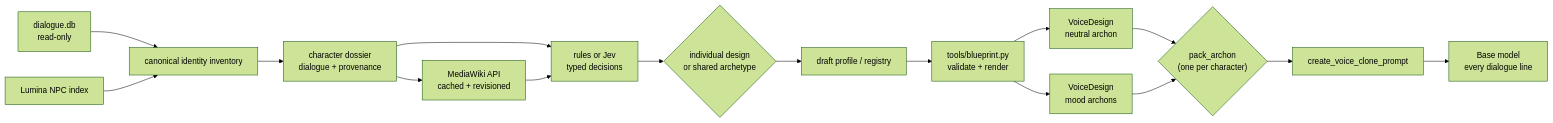
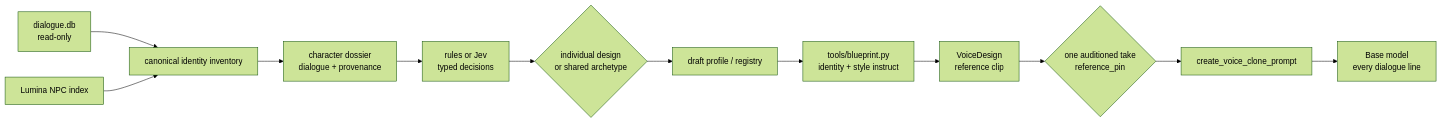
Before and after one commit to cutieway/oh-my-voice: the first of 2 diagrams in blueprints/README.md, drawn with Mermaid (forest theme). The commit also changed other lines of this file and 36 other files, not shown here.

First line of the commit message:
Default reference rendering to speech style; drop mood and wiki layers

````diff
--- a/blueprints/README.md
+++ b/blueprints/README.md
@@ -8,18 +8,14 @@
 ```mermaid
 flowchart LR
   db["dialogue.db<br/>read-only"] --> inv["canonical identity inventory"]
   game["Lumina NPC index"] --> inv
   inv --> dossier["character dossier<br/>dialogue + provenance"]
-  dossier --> wiki["MediaWiki API<br/>cached + revisioned"]
   dossier --> classifier["rules or Jev<br/>typed decisions"]
-  wiki --> classifier
   classifier --> assign{"individual design<br/>or shared archetype"}
   assign --> bp["draft profile / registry"]
-  bp --> render["tools/blueprint.py<br/>validate + render"]
-  render --> vd["VoiceDesign<br/>neutral archon"]
-  render --> vdm["VoiceDesign<br/>mood archons"]
-  vd --> pick{"pack_archon<br/>(one per character)"}
-  vdm --> pick
-  pick --> icl[create_voice_clone_prompt]
+  bp --> render["tools/blueprint.py<br/>identity + style instruct"]
+  render --> vd["VoiceDesign<br/>reference clip"]
+  vd --> pin{"one auditioned take<br/>reference_pin"}
+  pin --> icl[create_voice_clone_prompt]
   icl --> lines[Base model<br/>every dialogue line]
 ```
````
